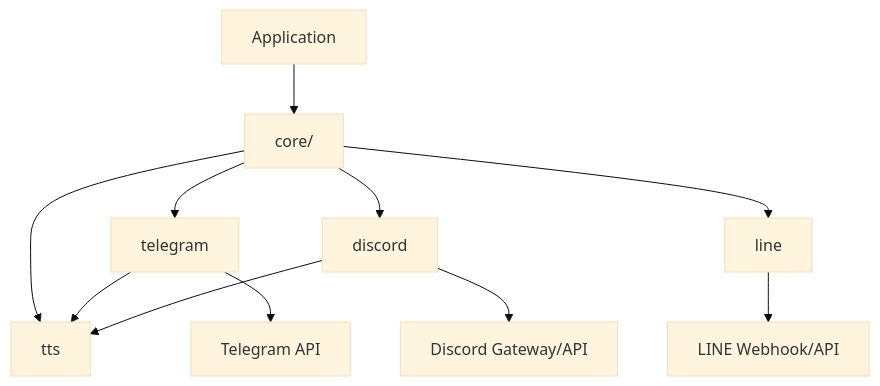
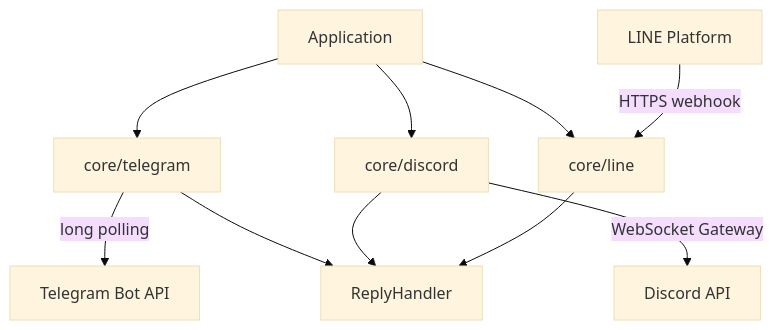
Before and after one commit to pardnchiu/go-bot: the diagram in README.md, drawn with Mermaid (base theme). The commit also changed other lines of this file and 5 other files, not shown here.

````diff
--- a/README.md
+++ b/README.md
@@ -38,13 +43,12 @@
 ```mermaid
 graph TB
-    App[Application] --> Core[core/]
-    Core --> TG[telegram]
-    Core --> DC[discord]
-    Core --> LN[line]
-    Core --> TTS[tts]
-    TG --> TTS
-    DC --> TTS
-    TG --> TelegramAPI[Telegram API]
-    DC --> DiscordAPI[Discord Gateway/API]
-    LN --> LineAPI[LINE Webhook/API]
+    App[Application] --> TG[core/telegram]
+    App --> DC[core/discord]
+    App --> LN[core/line]
+    TG -->|long polling| TelegramAPI[Telegram Bot API]
+    DC -->|WebSocket Gateway| DiscordAPI[Discord API]
+    LineAPI[LINE Platform] -->|HTTPS webhook| LN
+    TG --> Handler[ReplyHandler]
+    DC --> Handler
+    LN --> Handler
 ```
````
